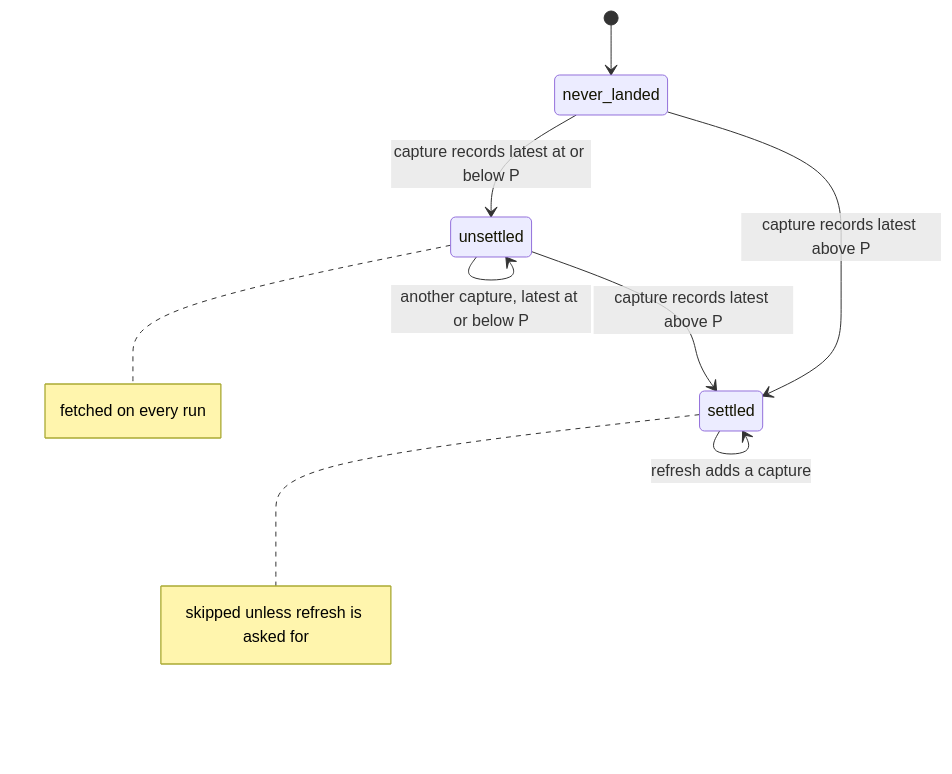
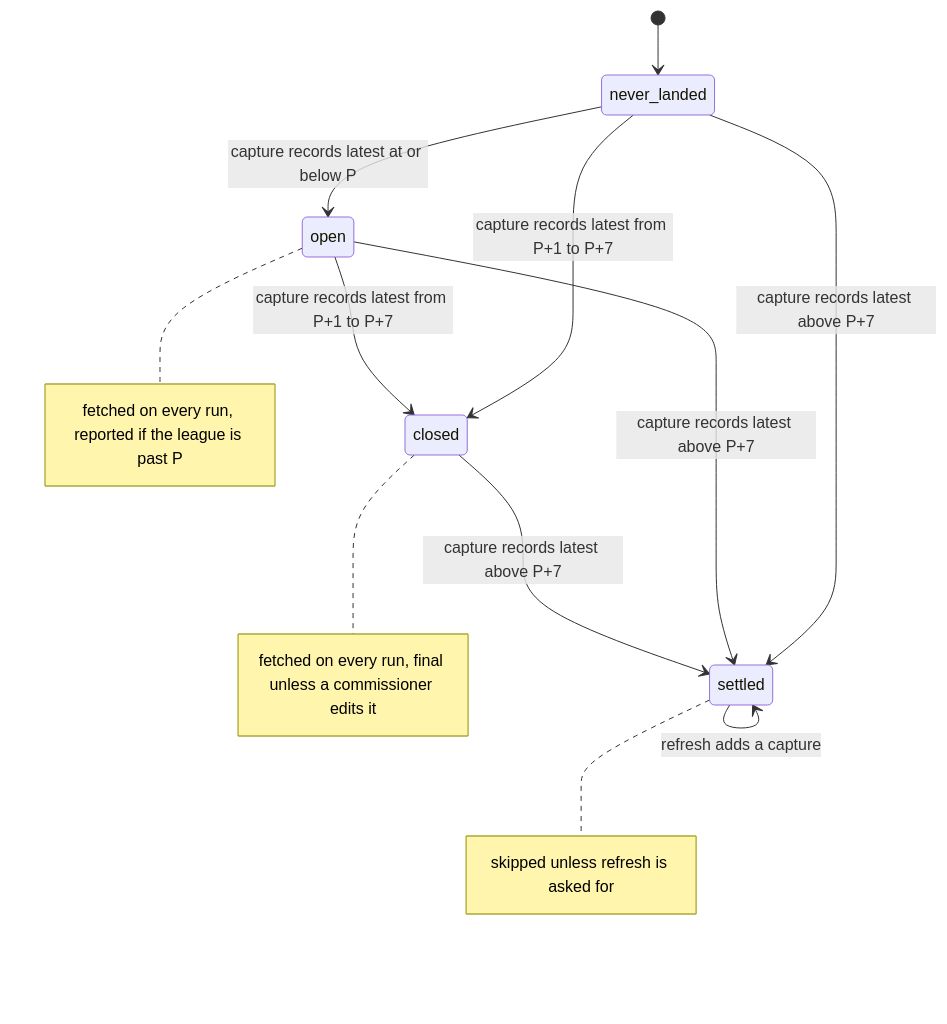
The diagram in docs/specs/0027-settled-roster-captures/design.md (nick-socci/front-office), drawn with Mermaid before and after one commit. The commit also changed other lines of this file and 6 other files, not shown here.

````diff
--- a/docs/specs/0027-settled-roster-captures/design.md
+++ b/docs/specs/0027-settled-roster-captures/design.md
@@ -19,11 +19,14 @@
 ```mermaid
 stateDiagram-v2
   [*] --> never_landed
-  never_landed --> unsettled: capture records latest at or below P
-  never_landed --> settled: capture records latest above P
-  unsettled --> unsettled: another capture, latest at or below P
-  unsettled --> settled: capture records latest above P
+  never_landed --> open: capture records latest at or below P
+  never_landed --> closed: capture records latest from P+1 to P+7
+  never_landed --> settled: capture records latest above P+7
+  open --> closed: capture records latest from P+1 to P+7
+  open --> settled: capture records latest above P+7
+  closed --> settled: capture records latest above P+7
   settled --> settled: refresh adds a capture
-  note right of unsettled: fetched on every run
+  note right of open: fetched on every run, reported if the league is past P
+  note right of closed: fetched on every run, final unless a commissioner edits it
   note right of settled: skipped unless refresh is asked for
 ```
````
